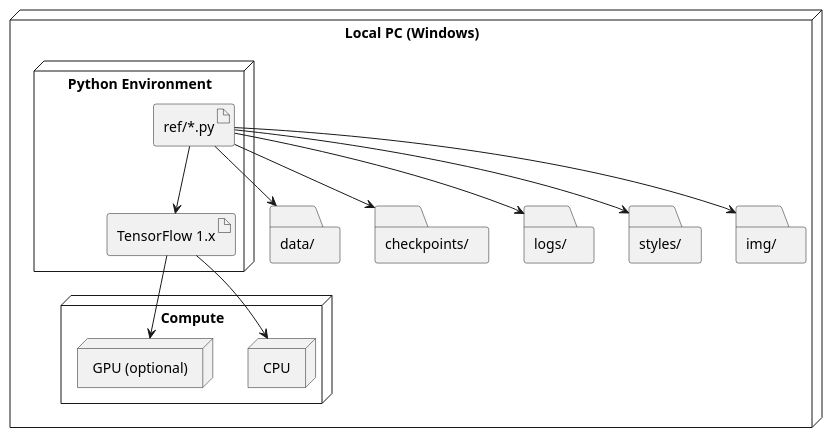
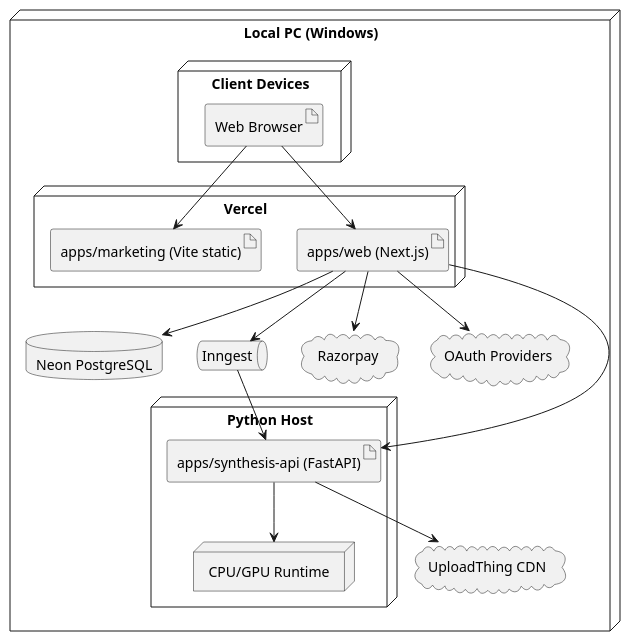
Diagram 15 of 15 in docss/CONCEPTUAL_DIAGRAMS.md (bhadraagada/ctrlpluspen), drawn with PlantUML before and after one commit. The commit also changed other lines of this file and 138 other files, not shown here.

````diff
--- a/docss/CONCEPTUAL_DIAGRAMS.md
+++ b/docss/CONCEPTUAL_DIAGRAMS.md
@@ -627,33 +737,39 @@
 ```plantuml
 @startuml
 skinparam monochrome true
 skinparam shadowing false
 
 node "Local PC (Windows)" as PC {
-  node "Python Environment" as PY {
-    artifact "ref/*.py" as Code
-    artifact "TensorFlow 1.x" as TF
+ node "Client Devices" as Client {
+    artifact "Web Browser" as Browser
   }
 
-  node "Compute" as HW {
-    node "CPU" as CPU
-    node "GPU (optional)" as GPU
+  node "Vercel" as Vercel {
+    artifact "apps/web (Next.js)" as Web
+    artifact "apps/marketing (Vite static)" as Mkt
   }
 
-  folder "data/" as Data
-  folder "checkpoints/" as Ckpt
-  folder "logs/" as Logs
-  folder "styles/" as Styles
-  folder "img/" as Img
+  node "Python Host" as PyHost {
+    artifact "apps/synthesis-api (FastAPI)" as Api
+    node "CPU/GPU Runtime" as Compute
+  }
+
+  database "Neon PostgreSQL" as DB
+  cloud "UploadThing CDN" as CDN
+  queue "Inngest" as Inngest
+  cloud "Razorpay" as Razorpay
+  cloud "OAuth Providers" as OAuth
 }
 
-Code --> TF
-TF --> CPU
-TF --> GPU
-Code --> Data
-Code --> Ckpt
-Code --> Logs
-Code --> Styles
-Code --> Img
+Browser --> Web
+Browser --> Mkt
+Web --> Api
+Web --> DB
+Web --> Inngest
+Web --> Razorpay
+Web --> OAuth
+Api --> CDN
+Api --> Compute
+Inngest --> Api
 @enduml
 ```
````
